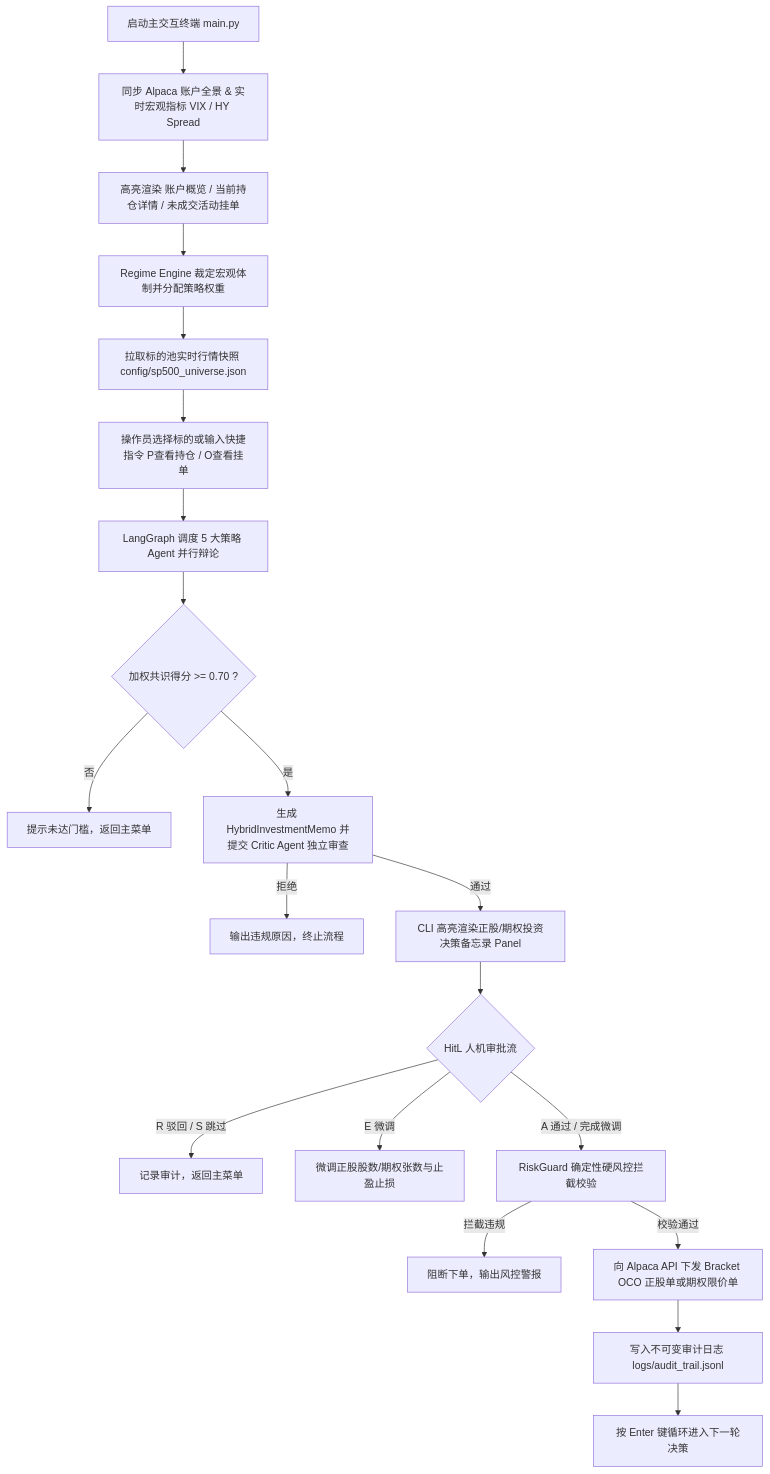
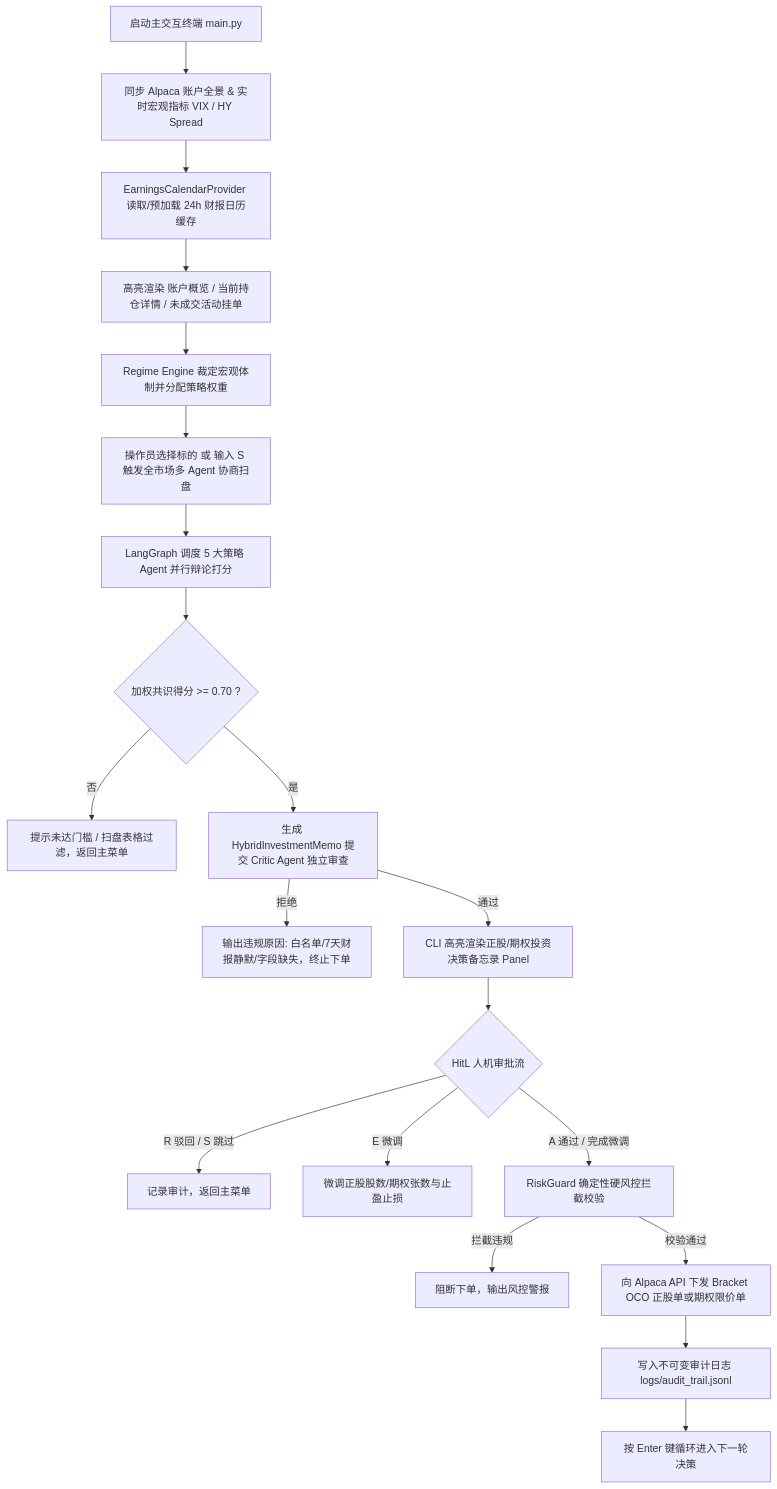
The diagram in README.md (Tonytan123/AiAgentForTrading), drawn with Mermaid before and after one commit. The commit also changed other lines of this file, not shown here.

Commit message:
docs: update README with MarketScanner, EarningsCalendarProvider and updated CLI commands

````diff
--- a/README.md
+++ b/README.md
@@ -53,22 +61,22 @@
 ```mermaid
 flowchart TD
     A[启动主交互终端 main.py] --> B[同步 Alpaca 账户全景 & 实时宏观指标 VIX / HY Spread]
-    B --> C[高亮渲染 账户概览 / 当前持仓详情 / 未成交活动挂单]
-    C --> D[Regime Engine 裁定宏观体制并分配策略权重]
-    D --> E[拉取标的池实时行情快照 config/sp500_universe.json]
-    E --> F[操作员选择标的或输入快捷指令 P查看持仓 / O查看挂单]
-    F --> G[LangGraph 调度 5 大策略 Agent 并行辩论]
+    B --> C[EarningsCalendarProvider 读取/预加载 24h 财报日历缓存]
+    C --> D[高亮渲染 账户概览 / 当前持仓详情 / 未成交活动挂单]
+    D --> E[Regime Engine 裁定宏观体制并分配策略权重]
+    E --> F[操作员选择标的 或 输入 S 触发全市场多 Agent 协商扫盘]
+    F --> G[LangGraph 调度 5 大策略 Agent 并行辩论打分]
     G --> H{加权共识得分 >= 0.70 ?}
-    H -- 否 --> I[提示未达门槛，返回主菜单]
-    H -- 是 --> J[生成 HybridInvestmentMemo 并提交 Critic Agent 独立审查]
-    J -- 拒绝 --> K[输出违规原因，终止流程]
+    H -- 否 --> I[提示未达门槛 / 扫盘表格过滤，返回主菜单]
+    H -- 是 --> J[生成 HybridInvestmentMemo 提交 Critic Agent 独立审查]
+    J -- 拒绝 --> K[输出违规原因: 白名单/7天财报静默/字段缺失，终止下单]
     J -- 通过 --> L[CLI 高亮渲染正股/期权投资决策备忘录 Panel]
     L --> M{HitL 人机审批流}
     M -- R 驳回 / S 跳过 --> N[记录审计，返回主菜单]
     M -- E 微调 --> O[微调正股股数/期权张数与止盈止损]
     M -- A 通过 / 完成微调 --> P[RiskGuard 确定性硬风控拦截校验]
     P -- 拦截违规 --> Q[阻断下单，输出风控警报]
     P -- 校验通过 --> R[向 Alpaca API 下发 Bracket OCO 正股单或期权限价单]
     R --> S[写入不可变审计日志 logs/audit_trail.jsonl]
     S --> T[按 Enter 键循环进入下一轮决策]
 ```
````
